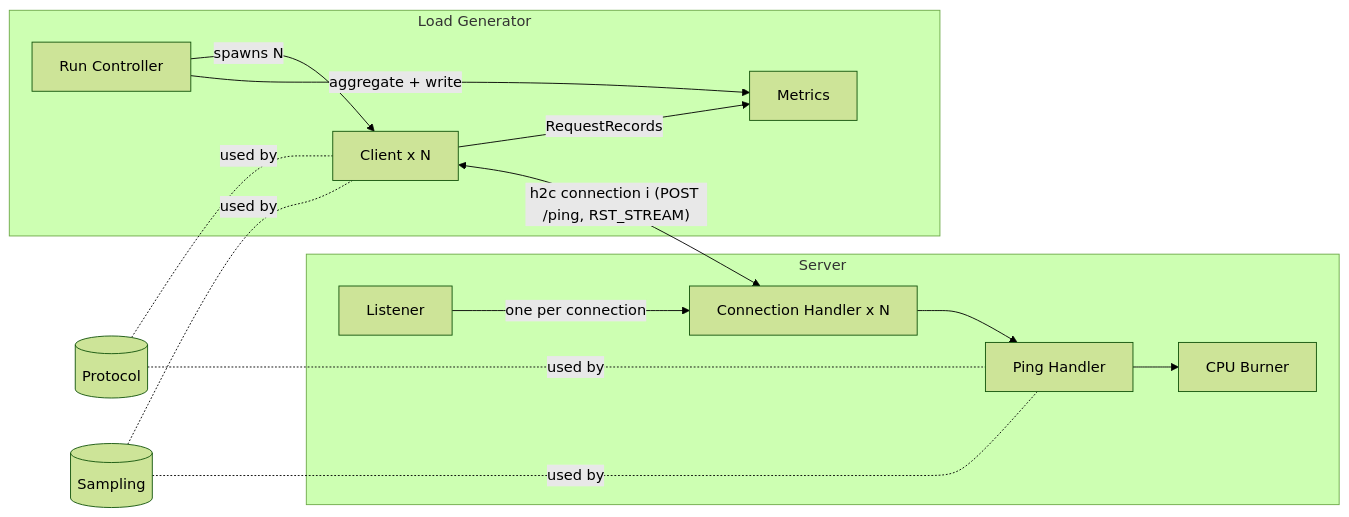
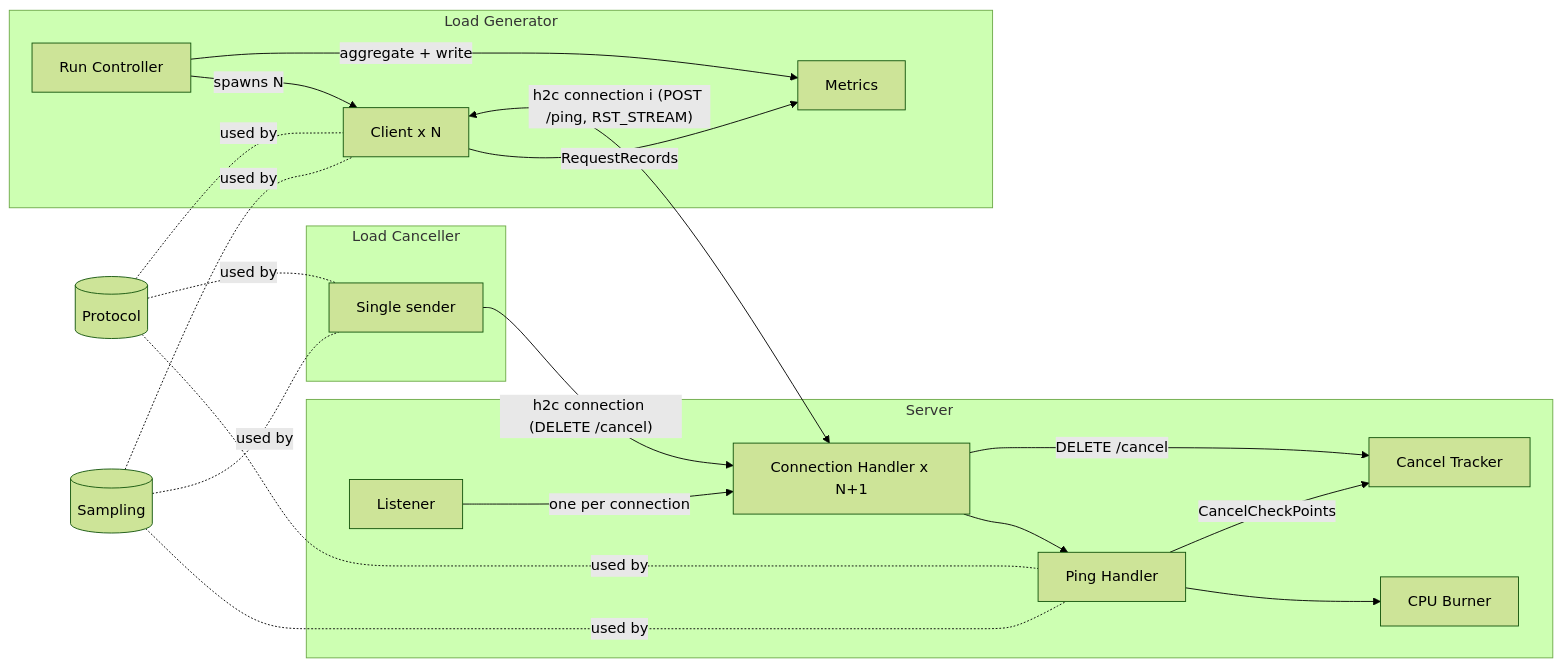
The diagram in abstraction/design.md (grapheo12/metastability-cancellation), drawn with Mermaid (forest theme) before and after one commit. The commit also changed other lines of this file and 3 other files, not shown here.

First line of the commit message:
[spec] Root: server-directed cancellation and Load Canceller

````diff
--- a/abstraction/design.md
+++ b/abstraction/design.md
@@ -5,18 +5,26 @@
 ```mermaid
 flowchart LR
   subgraph LG[Load Generator]
     RC[Run Controller] -->|spawns N| C[Client x N]
     C -->|RequestRecords| M[Metrics]
     RC -->|aggregate + write| M
   end
+  subgraph LC[Load Canceller]
+    CS[Single sender]
+  end
   subgraph SV[Server]
-    L[Listener] -->|one per connection| CH[Connection Handler x N]
+    L[Listener] -->|one per connection| CH[Connection Handler x N+1]
     CH --> PH[Ping Handler]
     PH --> CB[CPU Burner]
+    CH -->|DELETE /cancel| CT[Cancel Tracker]
+    PH -->|CancelCheckPoints| CT
   end
   C <-->|"h2c connection i (POST /ping, RST_STREAM)"| CH
+  CS -->|"h2c connection (DELETE /cancel)"| CH
   P[(Protocol)] -.used by.- C
   P -.used by.- PH
+  P -.used by.- CS
   S[(Sampling)] -.used by.- C
   S -.used by.- PH
+  S -.used by.- CS
 ```
````
